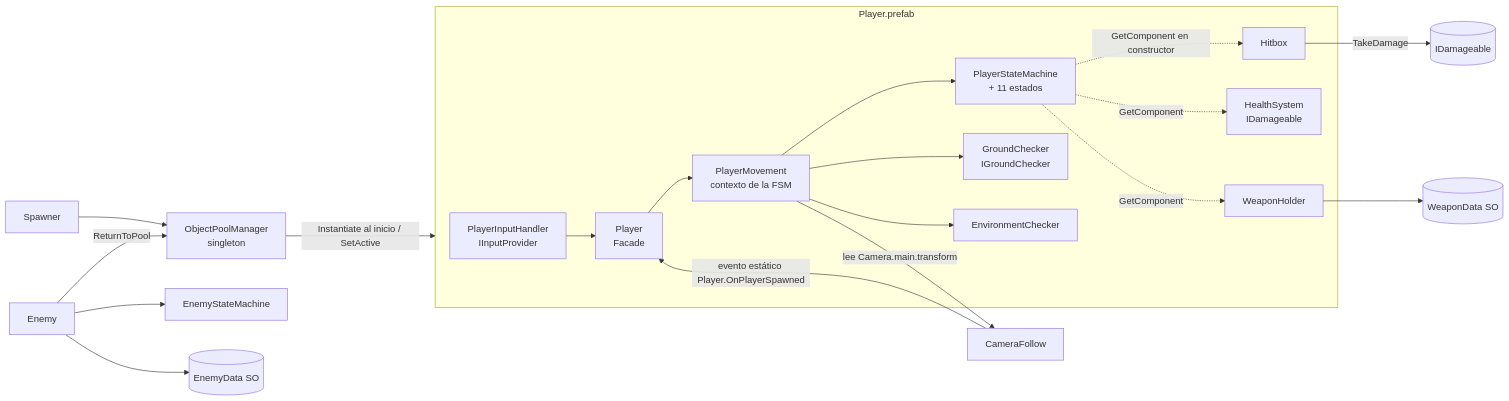
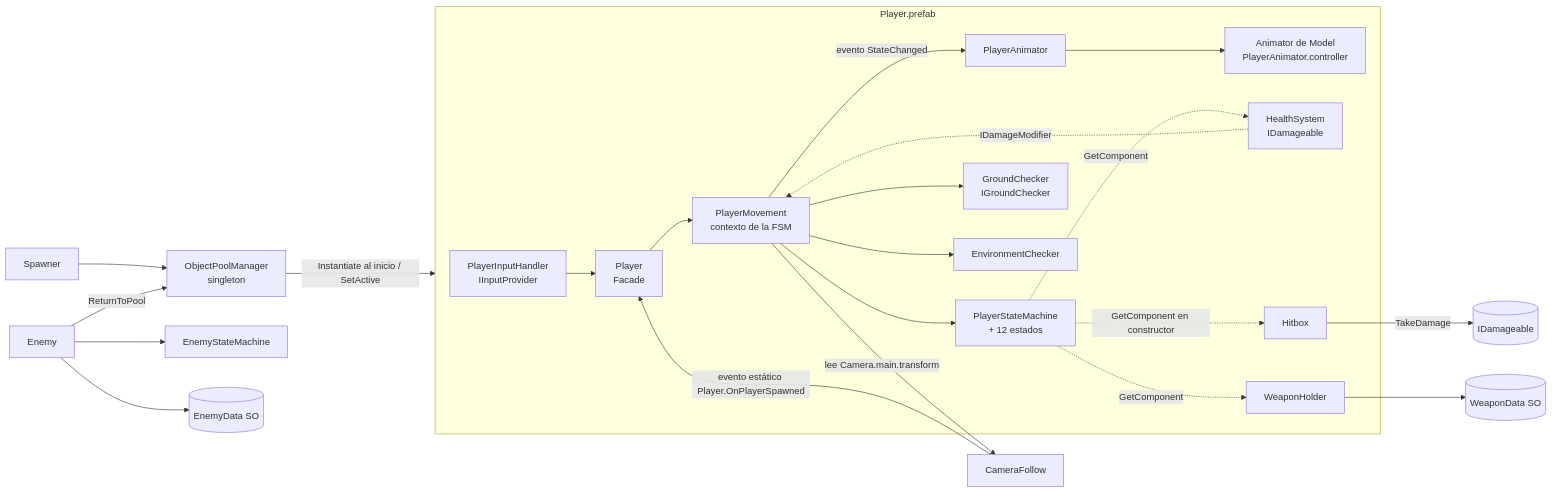
Before and after one commit to AlanYahirAguilar/warrior-woke: the first of 2 diagrams in docs/arquitectura.md, drawn with Mermaid. The commit also changed other lines of this file and 2 other files, not shown here.

````diff
--- a/docs/arquitectura.md
+++ b/docs/arquitectura.md
@@ -113,22 +134,25 @@
 ```mermaid
 flowchart LR
     subgraph Player.prefab
       PIH[PlayerInputHandler<br/>IInputProvider] --> P[Player<br/>Facade]
       P --> PM[PlayerMovement<br/>contexto de la FSM]
-      PM --> FSM[PlayerStateMachine<br/>+ 11 estados]
+      PM --> FSM[PlayerStateMachine<br/>+ 12 estados]
+      PM -- evento StateChanged --> PA[PlayerAnimator]
+      PA --> AN[Animator de Model<br/>PlayerAnimator.controller]
+      HS -. IDamageModifier .-> PM
       PM --> GC[GroundChecker<br/>IGroundChecker]
       PM --> EC[EnvironmentChecker]
       FSM -. GetComponent en constructor .-> HB[Hitbox]
       FSM -. GetComponent .-> HS[HealthSystem<br/>IDamageable]
       FSM -. GetComponent .-> WH[WeaponHolder]
     end
     PM -- lee Camera.main.transform --> CAM[CameraFollow]
     CAM -- evento estático Player.OnPlayerSpawned --> P
     SP[Spawner] --> OPM[ObjectPoolManager<br/>singleton]
     OPM -- Instantiate al inicio / SetActive --> Player.prefab
     HB -- TakeDamage --> IDam[(IDamageable)]
     WH --> WD[(WeaponData SO)]
     E[Enemy] --> EFSM[EnemyStateMachine]
     E --> ED[(EnemyData SO)]
     E -- ReturnToPool --> OPM
 ```
````
